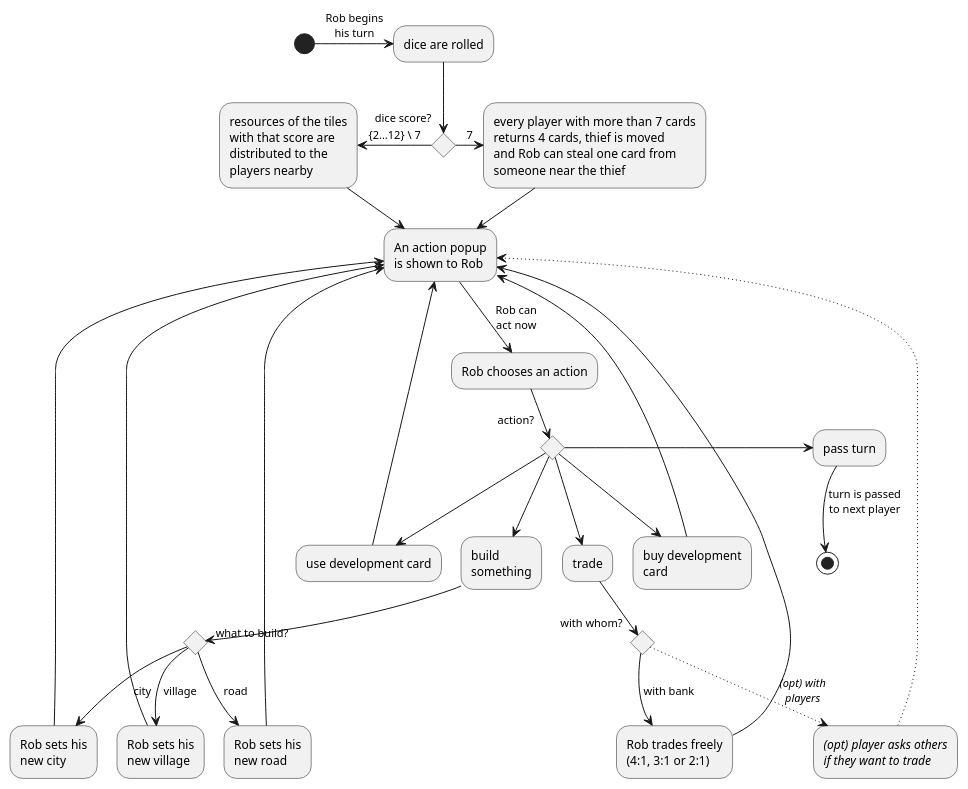
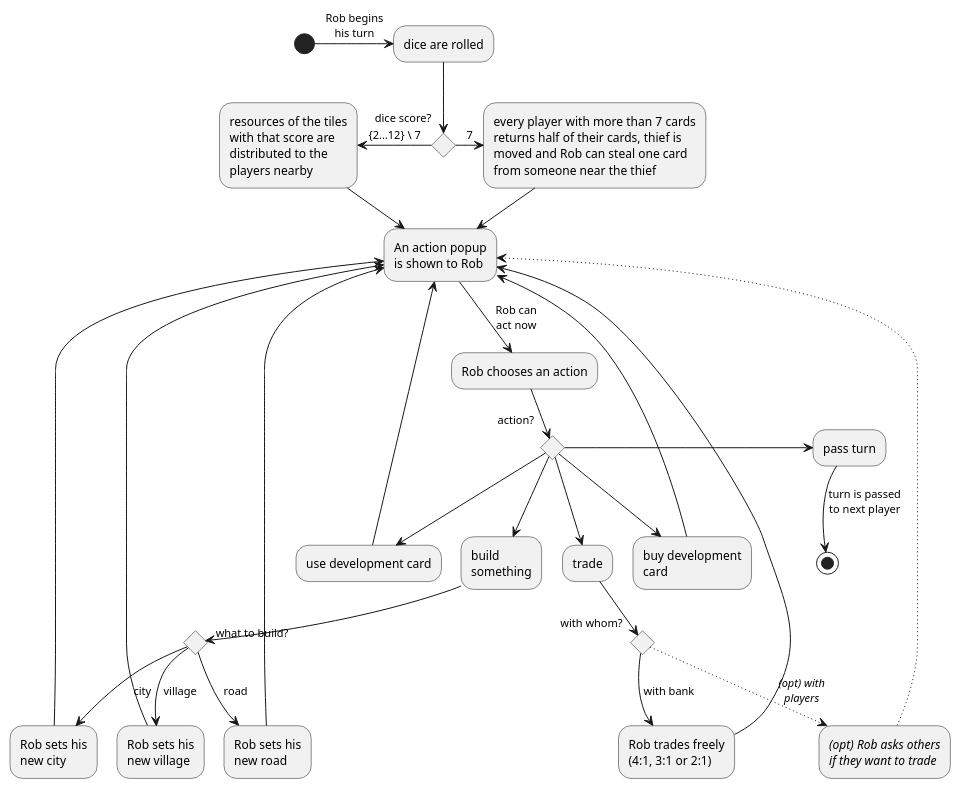
The diagram in diagrams/4-game-round-AD.puml (SoPraFS20-Group16/sopra-fs20-group-16-client), drawn with PlantUML before and after one commit.

Commit message:
Small corrections

```diff
--- a/diagrams/4-game-round-AD.puml
+++ b/diagrams/4-game-round-AD.puml
@@ -1,62 +1,63 @@
 @startuml
 
 (*)  -> [Rob begins\nhis turn] "dice are rolled"
 if dice score? then
     -left-> [{2...12} \ 7] "resources of the tiles\nwith that score are
                         distributed to the\nplayers nearby" as diceAll
     else
     -right-> [7] "every player with more than 7 cards
-            returns 4 cards, thief is moved
-            and Rob can steal one card from
-            someone near the thief" as dice7
+            returns half of their cards, thief is
+            moved and Rob can steal one card
+            from someone near the thief" as dice7
+
 endif
 
 diceAll --> "An action popup\nis shown to Rob" as action
 dice7 --> action
 action --> [Rob can\nact now] "Rob chooses an action"
 
 if action? then
     --> build\nsomething
     if "what to build?"
         --> [village] Rob sets his\nnew village
         --> action
         else
         --> [road] Rob sets his\nnew road
         --> action
         else
         --> [city] Rob sets his\nnew city
         --> action
     endif
 
     else
     --> trade
     if "with whom?"
         --> [with bank] Rob trades freely\n(4:1, 3:1 or 2:1)
 /'        if "has port?"
             --> [no] "4:1 trading"
             --> action
             else
             --> [normal\nport] "3:1 trading"
             --> action
             else
             --> [specific\nport] "2:1 trading"
             --> action
         endif'/
         --> action
 
         else
-        ..> [<i>(opt) with\n<i>players] "<i>(opt) player asks others
+        ..> [<i>(opt) with\n<i>players] "<i>(opt) Rob asks others
                                    <i>if they want to trade"
         ..> action
     endif
 
     else
     --> buy development\ncard
     --> action
     else
     --> use development card
     --> action
     else
     -right-> "pass turn"
     --> [turn is passed\nto next player] (*)
 @enduml
```
